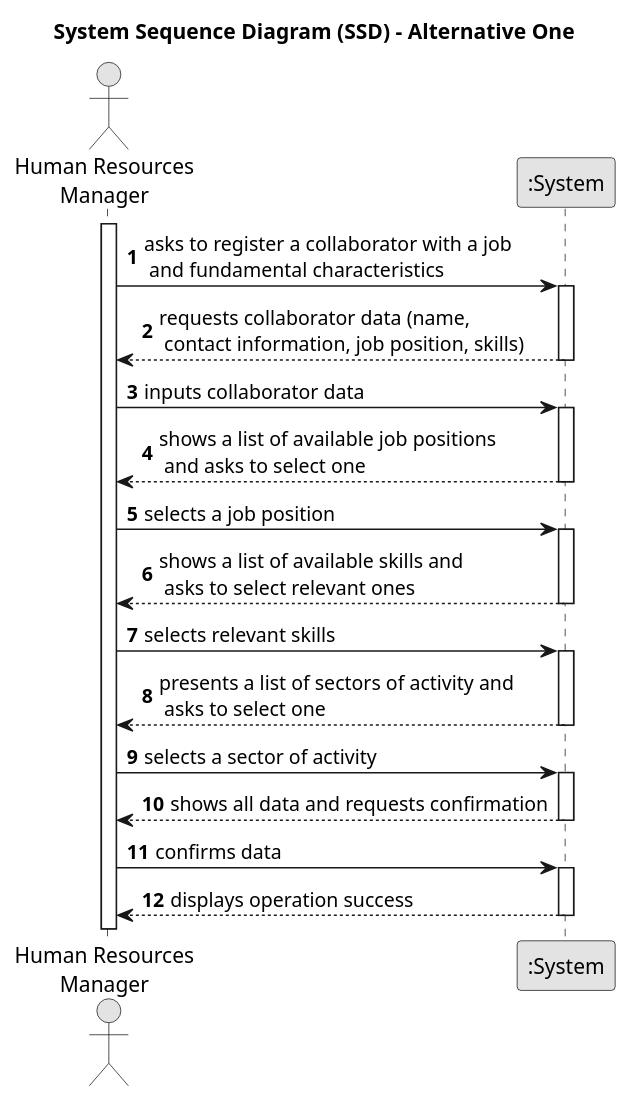
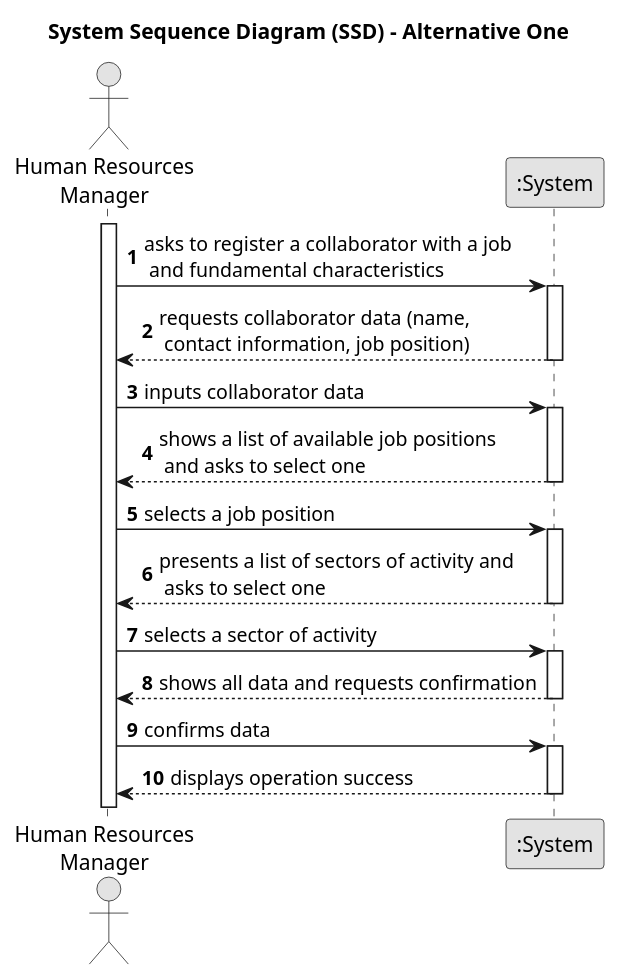
One commit to diogoveirospro/lei-24-s2-1dg-g072 changed the diagram in docs/sprintB/us003/01.requirements-engineering/puml/us003-system-sequence-diagram-alternative-one.puml. Above: the diagram before and after it, drawn with PlantUML.

Commit message:
US003 Changes

```diff
--- a/docs/sprintB/us003/01.requirements-engineering/puml/us003-system-sequence-diagram-alternative-one.puml
+++ b/docs/sprintB/us003/01.requirements-engineering/puml/us003-system-sequence-diagram-alternative-one.puml
@@ -1,50 +1,44 @@
 @startuml
 skinparam monochrome true
 skinparam packageStyle rectangle
 skinparam shadowing false
 
 title System Sequence Diagram (SSD) - Alternative One
 
 autonumber
 
 actor "Human Resources\nManager" as HRM
 participant ":System" as System
 
 activate HRM
 
     HRM -> System : asks to register a collaborator with a job \n and fundamental characteristics
     activate System
 
-        System --> HRM : requests collaborator data (name, \n contact information, job position, skills)
+        System --> HRM : requests collaborator data (name, \n contact information, job position)
     deactivate System
 
     HRM -> System : inputs collaborator data
     activate System
 
         System --> HRM : shows a list of available job positions \n and asks to select one
     deactivate System
 
     HRM -> System : selects a job position
     activate System
-        System --> HRM : shows a list of available skills and \n asks to select relevant ones
-    deactivate System
-
-    HRM -> System : selects relevant skills
-    activate System
-
         System --> HRM : presents a list of sectors of activity and \n asks to select one
     deactivate System
 
     HRM -> System : selects a sector of activity
     activate System
 
         System --> HRM : shows all data and requests confirmation
     deactivate System
 
     HRM -> System : confirms data
     activate System
 
         System --> HRM : displays operation success
     deactivate System
 
 @enduml
```
